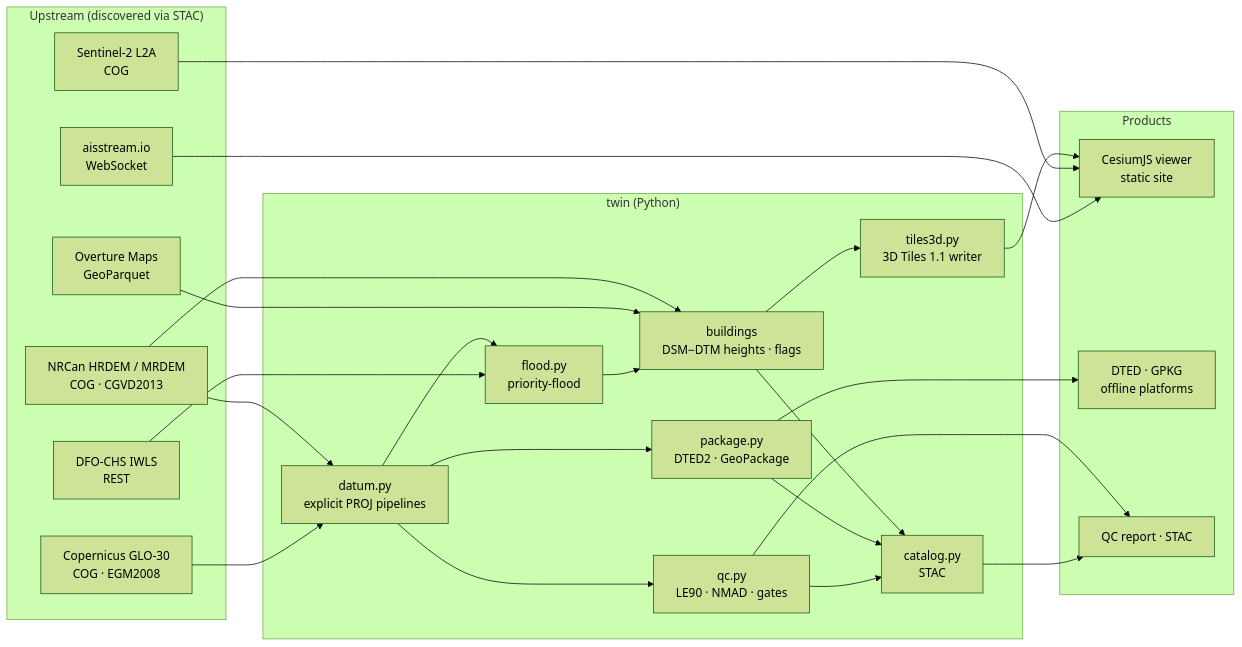
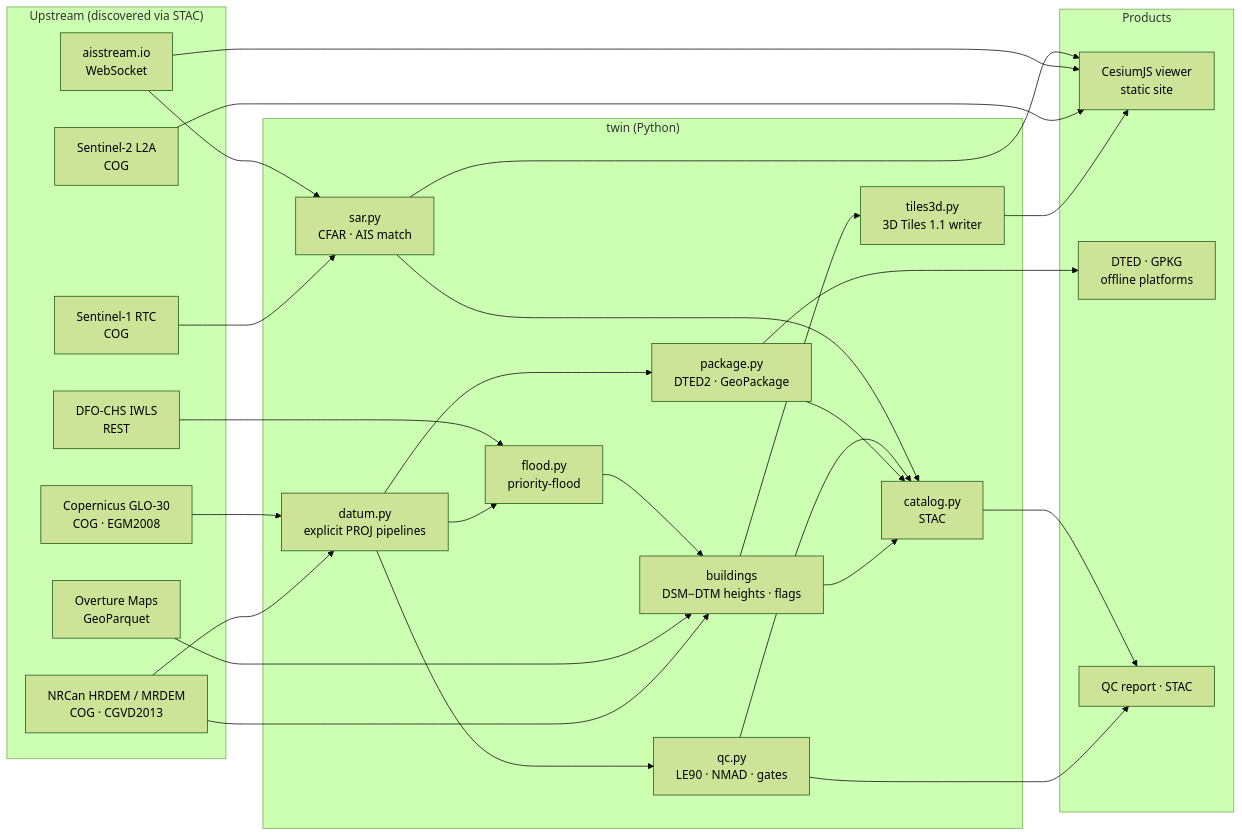
The diagram in README.md (shivaji-patil/harbour-twin), drawn with Mermaid (forest theme) before and after one commit. The commit also changed other lines of this file and 110 other files, not shown here.

First line of the commit message:
SAR x AIS cross-check, St. John's twin, architecture docs

````diff
--- a/README.md
+++ b/README.md
@@ -57,34 +62,37 @@
 ```mermaid
 flowchart LR
   subgraph Upstream["Upstream (discovered via STAC)"]
     NR[NRCan HRDEM / MRDEM<br/>COG · CGVD2013]
     CD[Copernicus GLO-30<br/>COG · EGM2008]
     S2[Sentinel-2 L2A<br/>COG]
     OV[Overture Maps<br/>GeoParquet]
     AIS[aisstream.io<br/>WebSocket]
     CHS[DFO-CHS IWLS<br/>REST]
+    S1[Sentinel-1 RTC<br/>COG]
   end
   subgraph Pipeline["twin (Python)"]
     D[datum.py<br/>explicit PROJ pipelines]
     Q[qc.py<br/>LE90 · NMAD · gates]
     B[buildings<br/>DSM−DTM heights · flags]
     F[flood.py<br/>priority-flood]
     T[tiles3d.py<br/>3D Tiles 1.1 writer]
     P[package.py<br/>DTED2 · GeoPackage]
     C[catalog.py<br/>STAC]
+    SAR[sar.py<br/>CFAR · AIS match]
   end
   subgraph Out["Products"]
     W[CesiumJS viewer<br/>static site]
     O[DTED · GPKG<br/>offline platforms]
     R[QC report · STAC]
   end
   NR & CD --> D --> Q --> R
   NR --> B
   OV --> B --> T --> W
   D --> F --> B
   S2 --> W
   AIS --> W
+  S1 & AIS --> SAR --> W
   CHS --> F
   D --> P --> O
-  B & P & Q --> C --> R
+  B & P & Q & SAR --> C --> R
 ```
````
